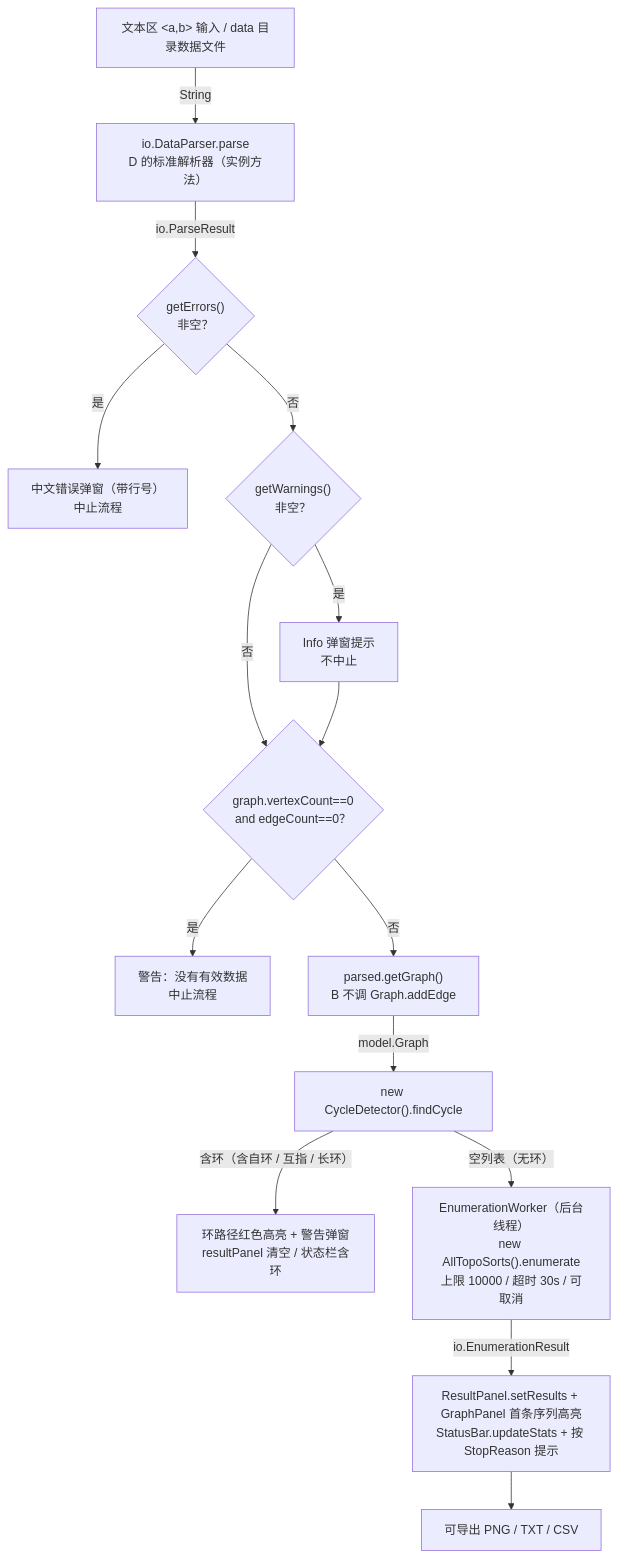
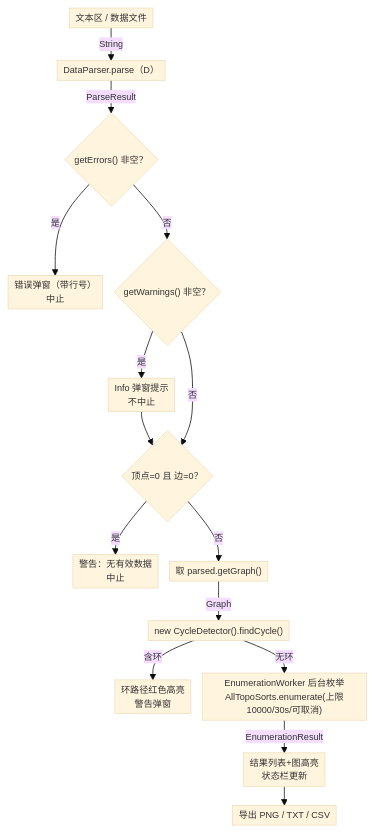
The sixth of 7 diagrams in docs/详细设计报告-GUI.md (yyj138/topological-sort), drawn with Mermaid before and after one commit.

Commit message:
【T-B】§5.3数据流图加init小字体配置+缩短节点文字防截断

````diff
--- a/docs/详细设计报告-GUI.md
+++ b/docs/详细设计报告-GUI.md
@@ -377,18 +377,17 @@
 ```mermaid
+%%{init: {'theme':'base','themeVariables':{'fontSize':'12px'},'flowchart':{'nodeSpacing':15,'rankSpacing':25,'padding':4}}}%%
 flowchart TD
-    A["文本区 &lt;a,b&gt; 输入 / data 目录数据文件"]
-    A -->|String| B["io.DataParser.parse<br/>D 的标准解析器（实例方法）"]
-    B -->|io.ParseResult| C{"getErrors()<br/>非空？"}
-    C -->|是| D["中文错误弹窗（带行号）<br/>中止流程"]
-    C -->|否| E{"getWarnings()<br/>非空？"}
-    E -->|是| F["Info 弹窗提示<br/>不中止"]
+    A["文本区 / 数据文件"] -->|String| B["DataParser.parse（D）"]
+    B -->|ParseResult| C{"getErrors() 非空？"}
+    C -->|是| D["错误弹窗（带行号）<br/>中止"]
+    C -->|否| E{"getWarnings() 非空？"}
+    E -->|是| F["Info 弹窗提示<br/>不中止"] --> G{"顶点=0 且 边=0？"}
     E -->|否| G
-    F --> G{"graph.vertexCount==0<br/>and edgeCount==0？"}
-    G -->|是| H["警告：没有有效数据<br/>中止流程"]
-    G -->|否| I["parsed.getGraph()<br/>B 不调 Graph.addEdge"]
-    I -->|model.Graph| J["new CycleDetector().findCycle"]
-    J -->|含环（含自环 / 互指 / 长环）| K["环路径红色高亮 + 警告弹窗<br/>resultPanel 清空 / 状态栏含环"]
-    J -->|空列表（无环）| L["EnumerationWorker（后台线程）<br/>new AllTopoSorts().enumerate<br/>上限 10000 / 超时 30s / 可取消"]
-    L -->|io.EnumerationResult| M["ResultPanel.setResults + GraphPanel 首条序列高亮<br/>StatusBar.updateStats + 按 StopReason 提示"]
-    M --> N["可导出 PNG / TXT / CSV"]
+    G -->|是| H["警告：无有效数据<br/>中止"]
+    G -->|否| I["取 parsed.getGraph()"]
+    I -->|Graph| J["new CycleDetector().findCycle()"]
+    J -->|含环| K["环路径红色高亮<br/>警告弹窗"]
+    J -->|无环| L["EnumerationWorker 后台枚举<br/>AllTopoSorts.enumerate(上限10000/30s/可取消)"]
+    L -->|EnumerationResult| M["结果列表+图高亮<br/>状态栏更新"]
+    M --> N["导出 PNG / TXT / CSV"]
 ```
````
